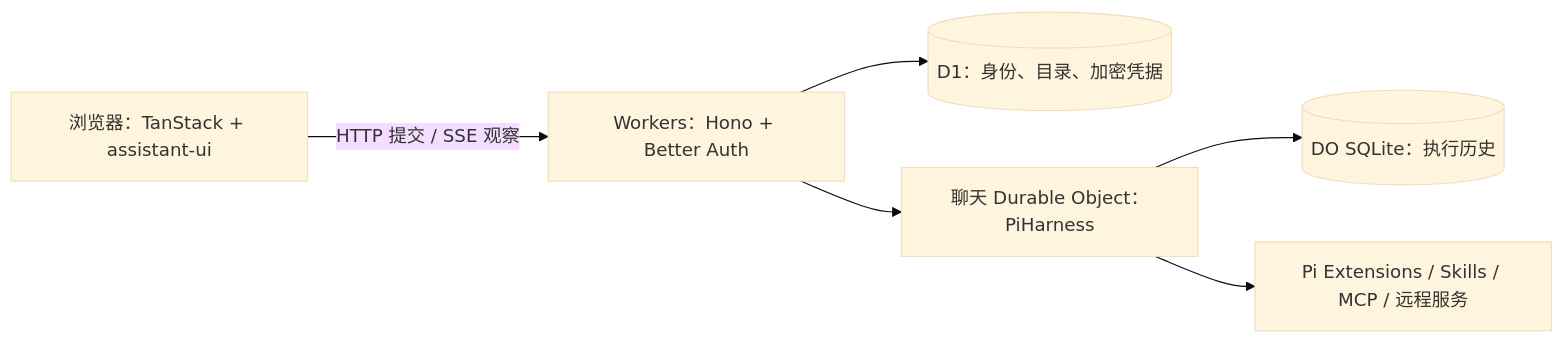
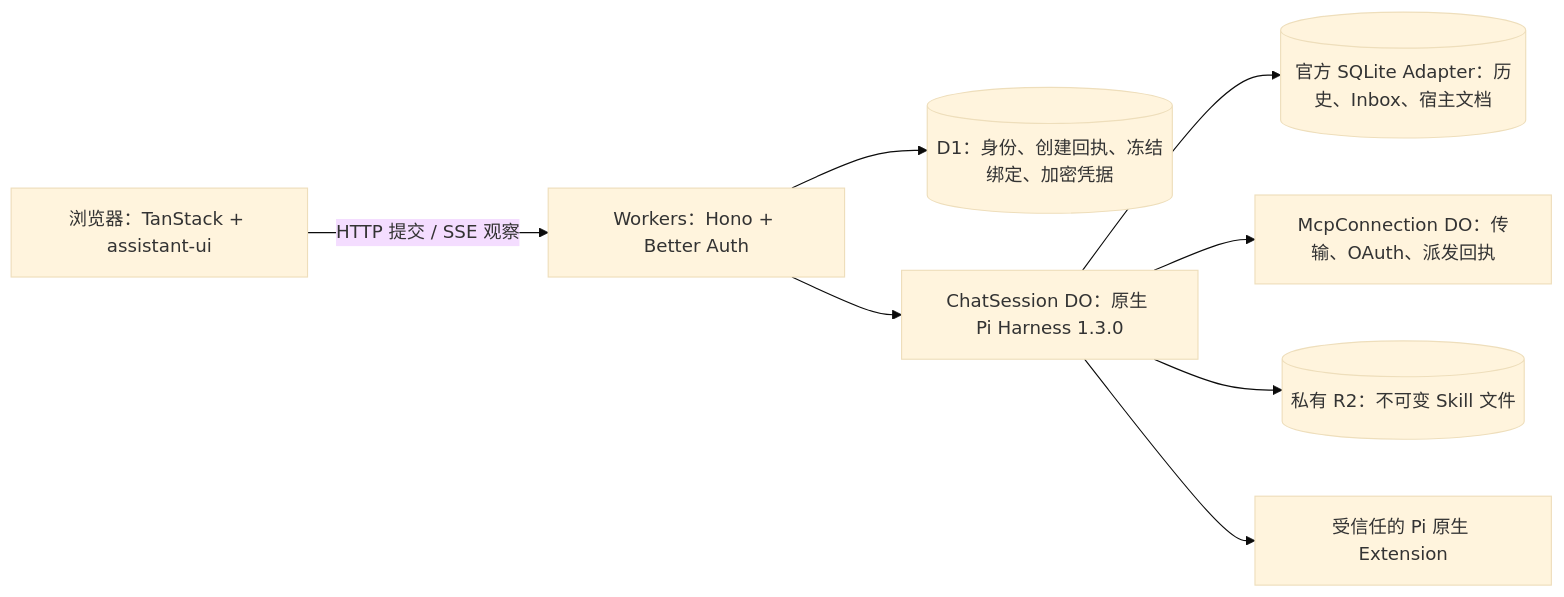
One commit to Yukee-798/mkharness changed the diagram in README.zh-CN.md. Above: the diagram before and after it, drawn with Mermaid (base theme). The commit also changed other lines of this file and 206 other files, not shown here.

````diff
--- a/README.zh-CN.md
+++ b/README.zh-CN.md
@@ -179,8 +185,10 @@
 ```mermaid
 flowchart LR
   UI[浏览器：TanStack + assistant-ui] -->|HTTP 提交 / SSE 观察| API[Workers：Hono + Better Auth]
-  API --> DB[(D1：身份、目录、加密凭据)]
-  API --> DO[聊天 Durable Object：PiHarness]
-  DO --> History[(DO SQLite：执行历史)]
-  DO --> Tools[Pi Extensions / Skills / MCP / 远程服务]
+  API --> DB[(D1：身份、创建回执、冻结绑定、加密凭据)]
+  API --> DO[ChatSession DO：原生 Pi Harness 1.3.0]
+  DO --> History[(官方 SQLite Adapter：历史、Inbox、宿主文档)]
+  DO --> MCP[McpConnection DO：传输、OAuth、派发回执]
+  DO --> Skills[(私有 R2：不可变 Skill 文件)]
+  DO --> Tools[受信任的 Pi 原生 Extension]
 ```
````
